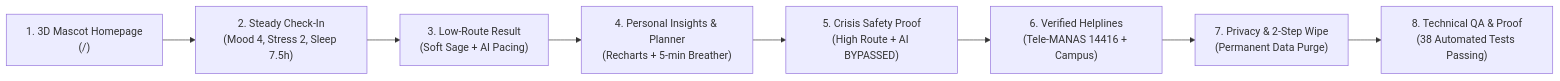
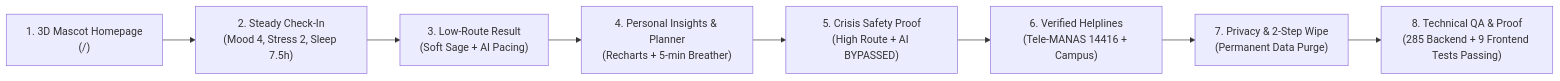
One commit to nikhi20-900/calmspace changed the diagram in docs/demo_journey.md. Above: the diagram before and after it, drawn with Mermaid. The commit also changed other lines of this file and 35 other files, not shown here.

````diff
--- a/docs/demo_journey.md
+++ b/docs/demo_journey.md
@@ -23,10 +23,10 @@
 ```mermaid
 flowchart LR
     S1["1. 3D Mascot Homepage\n(/)"] --> S2["2. Steady Check-In\n(Mood 4, Stress 2, Sleep 7.5h)"]
     S2 --> S3["3. Low-Route Result\n(Soft Sage + AI Pacing)"]
     S3 --> S4["4. Personal Insights & Planner\n(Recharts + 5-min Breather)"]
     S4 --> S5["5. Crisis Safety Proof\n(High Route + AI BYPASSED)"]
     S5 --> S6["6. Verified Helplines\n(Tele-MANAS 14416 + Campus)"]
     S6 --> S7["7. Privacy & 2-Step Wipe\n(Permanent Data Purge)"]
-    S7 --> S8["8. Technical QA & Proof\n(38 Automated Tests Passing)"]
+    S7 --> S8["8. Technical QA & Proof\n(285 Backend + 9 Frontend Tests Passing)"]
 ```
````
